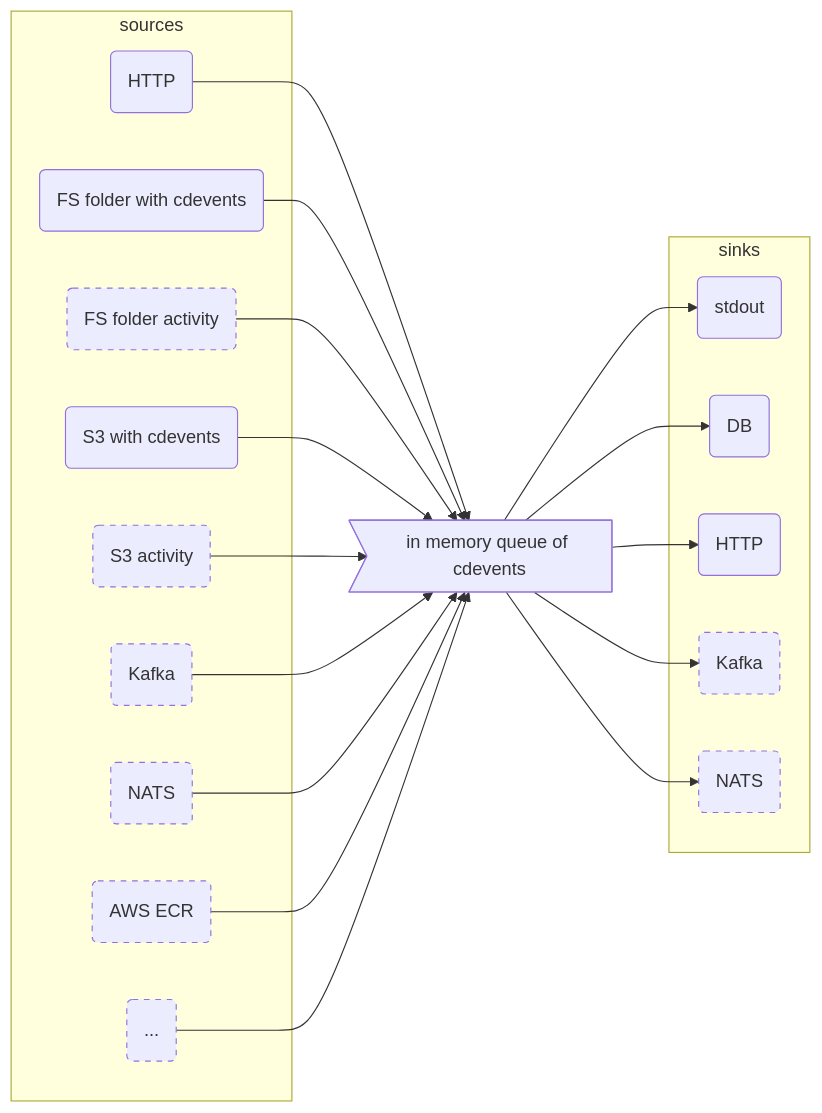
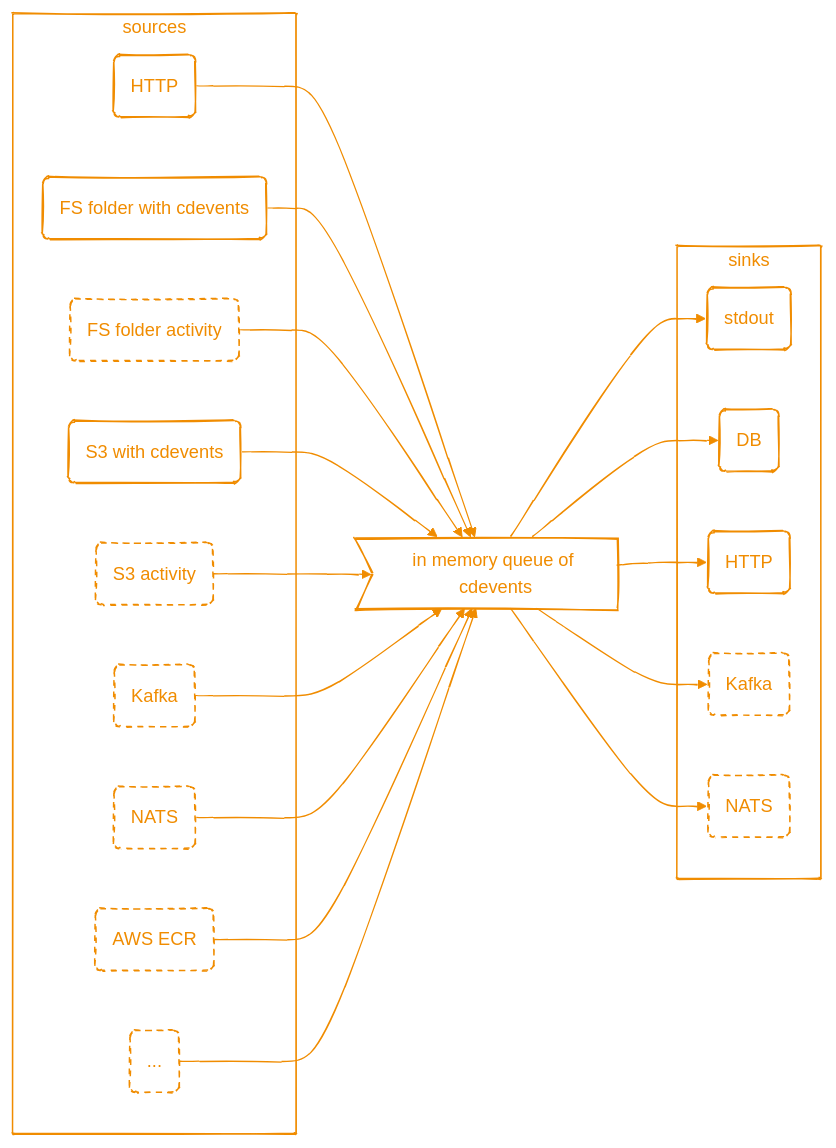
One commit to cdviz-dev/cdviz-collector changed the diagram in README.md. Above: the diagram before and after it, drawn with Mermaid. The commit also changed other lines of this file, not shown here.

Commit message:
docs: Add link to documentation site

````diff
--- a/README.md
+++ b/README.md
@@ -17,40 +19,60 @@
 ```mermaid
+---
+config:
+  theme: 'base'
+  look: 'handDrawn'
+  themeVariables:
+    darkMode: true
+    mainBkg: '#00000000'
+    background: '#00000000'
+    primaryColor: '#00000000'
+    primaryTextColor: '#f08c00'
+    secondaryTextColor: '#f08c00'
+    tertiaryTextColor: '#f08c00'
+    primaryBorderColor: '#f08c00'
+    secondaryBorderColor: '#f08c00'
+    tertiaryBorderColor: '#f08c00'
+    noteTextColor: '#f08c00'
+    noteBorderColor: '#f08c00'
+    lineColor: '#f08c00'
+    lineWidth: 2
+---
 flowchart LR
   classDef future stroke-dasharray: 5 5
 
   q>in memory queue of cdevents]
 
   subgraph sources
     src_http(HTTP)
     src_fs_content(FS folder with cdevents)
     src_fs_activity(FS folder activity):::future
     src_s3_content(S3 with cdevents)
     src_s3_activity(S3 activity):::future
     src_kafka(Kafka):::future
     src_nats(NATS):::future
     src_ecr(AWS ECR):::future
     src_misc(...):::future
   end
   src_http --> q
   src_fs_content --> q
   src_fs_activity --> q
   src_s3_content --> q
   src_s3_activity --> q
   src_kafka --> q
   src_nats --> q
   src_ecr --> q
   src_misc --> q
 
   subgraph sinks
     sink_stdout(stdout)
     sink_db(DB)
     sink_http(HTTP)
     sink_kafka(Kafka):::future
     sink_nats(NATS):::future
   end
   q --> sink_stdout
   q --> sink_http
   q --> sink_db
   q --> sink_kafka
   q --> sink_nats
 ```
````
